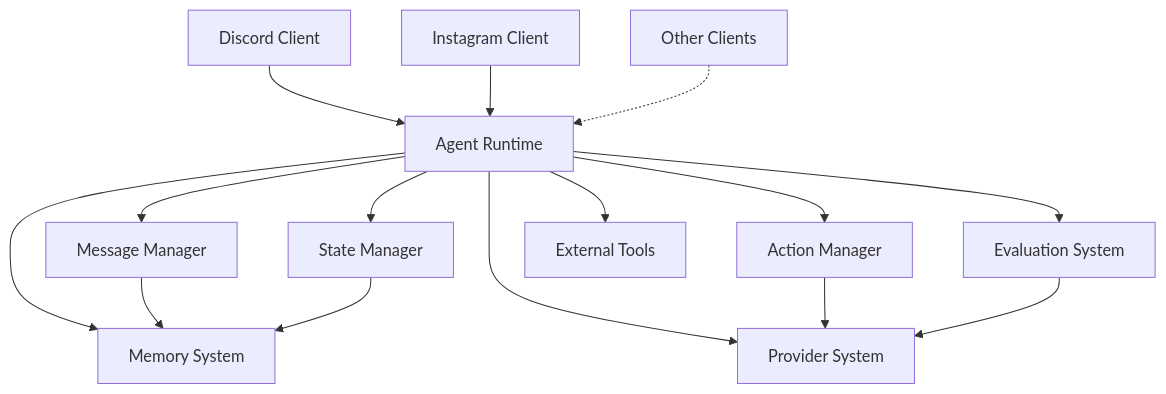
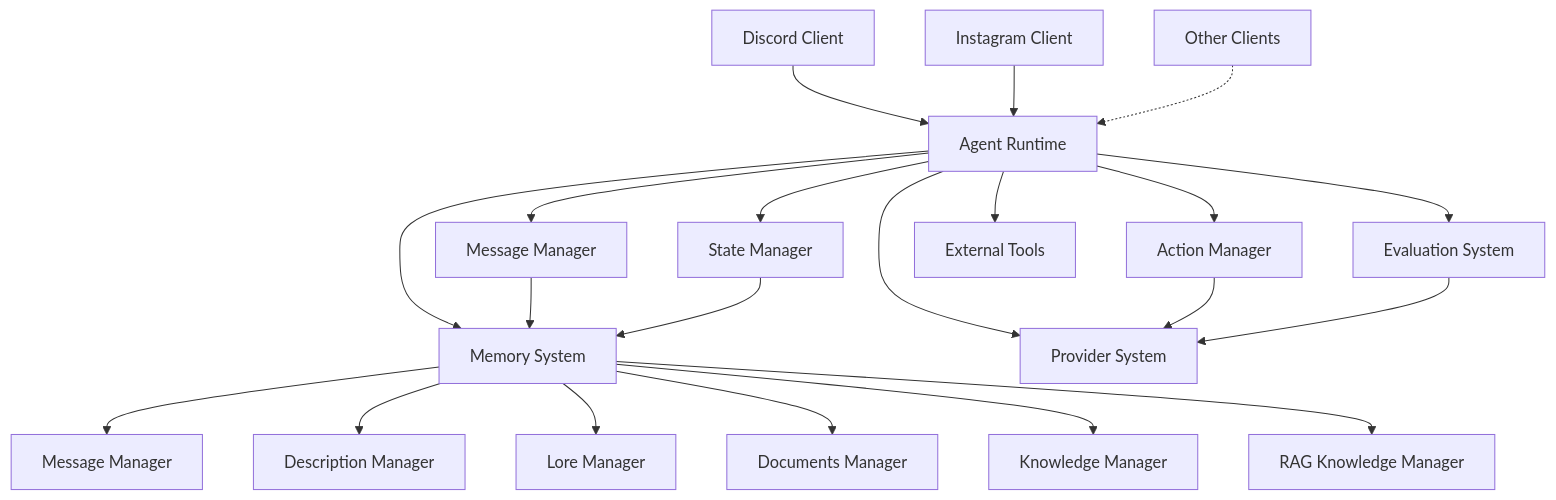
Before and after one commit to granthooks/Carrier: the first of 5 diagrams in memory-bank/systemPatterns.md, drawn with Mermaid. The commit also changed other lines of this file and 55 other files, not shown here.

````diff
--- a/memory-bank/systemPatterns.md
+++ b/memory-bank/systemPatterns.md
@@ -6,19 +6,26 @@
 ```mermaid
 graph TD
     A[Agent Runtime] --> B[Message Manager]
     A --> C[State Manager]
     A --> D[Action Manager]
     A --> E[Evaluation System]
     A --> F[Memory System]
     A --> G[Provider System]
     
     B --> F
     C --> F
     D --> G
     E --> G
     
     H1[Discord Client] --> A
     H2[Instagram Client] --> A
     H3[Other Clients] -.-> A
     A --> I[External Tools]
+    
+    F --> F1[Message Manager]
+    F --> F2[Description Manager]
+    F --> F3[Lore Manager]
+    F --> F4[Documents Manager]
+    F --> F5[Knowledge Manager]
+    F --> F6[RAG Knowledge Manager]
 ```
````
